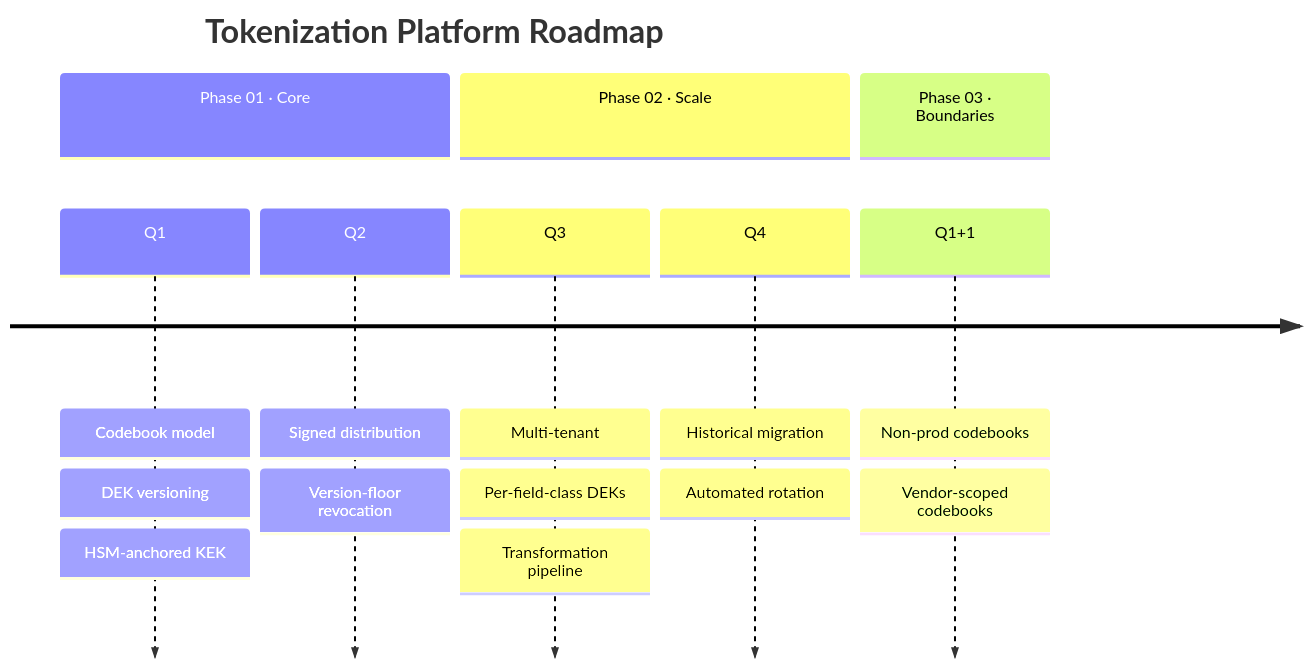
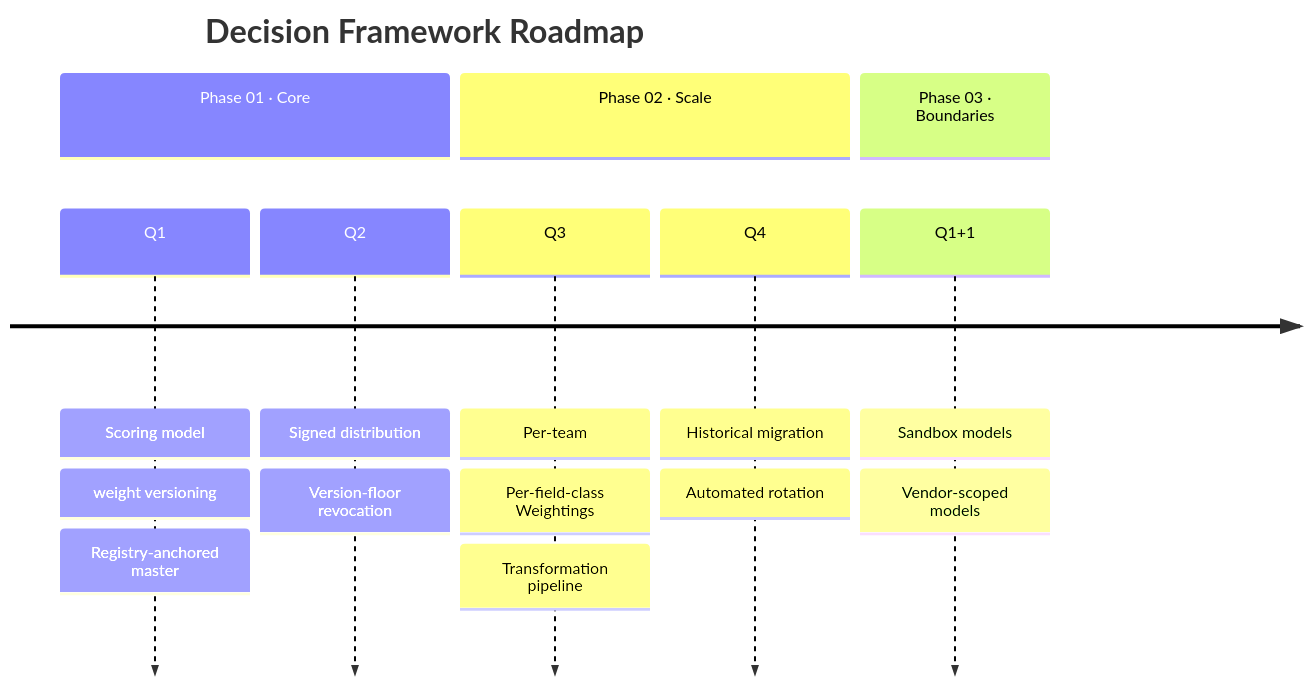
Diagram 14 of 25 in lib/components/diagram/diagram/diagram.gallery.md (SlideWright/lattice), drawn with Mermaid before and after one commit. The commit also changed other lines of this file and 4 other files, not shown here.

First line of the commit message:
content: re-theme the diagram + baseline showcase decks off codebook

````diff
--- a/lib/components/diagram/diagram/diagram.gallery.md
+++ b/lib/components/diagram/diagram/diagram.gallery.md
@@ -421,19 +421,19 @@
 ```mermaid
 timeline
-  title Tokenization Platform Roadmap
+  title Decision Framework Roadmap
   section Phase 01 · Core
-    Q1 : Codebook model
-       : DEK versioning
-       : HSM-anchored KEK
+    Q1 : Scoring model
+       : weight versioning
+       : Registry-anchored master
     Q2 : Signed distribution
        : Version-floor revocation
   section Phase 02 · Scale
-    Q3 : Multi-tenant
-       : Per-field-class DEKs
+    Q3 : Per-team
+       : Per-field-class Weightings
        : Transformation pipeline
     Q4 : Historical migration
        : Automated rotation
   section Phase 03 · Boundaries
-    Q1+1 : Non-prod codebooks
-         : Vendor-scoped codebooks
+    Q1+1 : Sandbox models
+         : Vendor-scoped models
 ```
````
